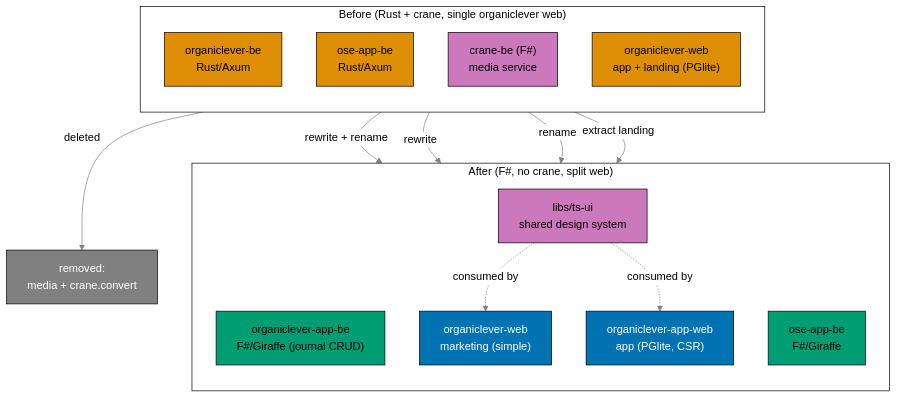
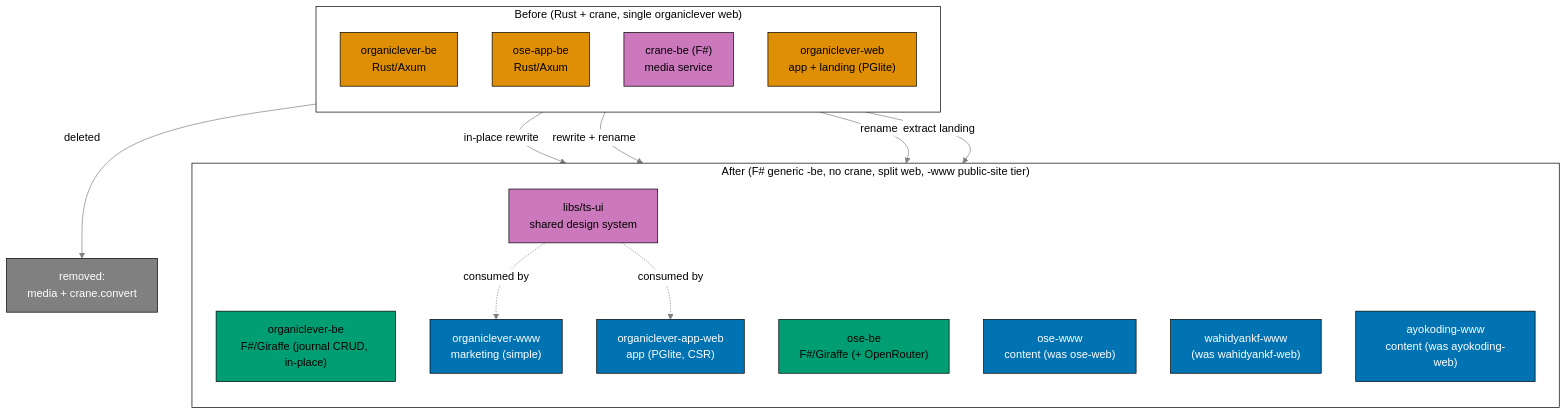
One commit to wahidyankf/baseerah changed the first of 2 diagrams in plans/in-progress/restructure-fsharp-be-and-web-app-tiers/README.md. Above: the diagram before and after it, drawn with Mermaid (neutral theme). The commit also changed other lines of this file and 22 other files, not shown here.

````diff
--- a/plans/in-progress/restructure-fsharp-be-and-web-app-tiers/README.md
+++ b/plans/in-progress/restructure-fsharp-be-and-web-app-tiers/README.md
@@ -115,43 +162,49 @@
 ```mermaid
 %% Color-blind-friendly palette: blue #0173B2, orange #DE8F05, green #029E73, purple #CC78BC, grey #808080
 flowchart TB
   subgraph BEFORE["Before (Rust + crane, single organiclever web)"]
     direction TB
     R_OL["organiclever-be<br/>Rust/Axum"]
     R_OA["ose-app-be<br/>Rust/Axum"]
     R_CB["crane-be (F#)<br/>media service"]
     W_OL["organiclever-web<br/>app + landing (PGlite)"]
   end
 
-  subgraph AFTER["After (F#, no crane, split web)"]
+  subgraph AFTER["After (F# generic -be, no crane, split web, -www public-site tier)"]
     direction TB
-    F_OL["organiclever-app-be<br/>F#/Giraffe (journal CRUD)"]
-    F_OA["ose-app-be<br/>F#/Giraffe"]
-    WW["organiclever-web<br/>marketing (simple)"]
+    F_OL["organiclever-be<br/>F#/Giraffe (journal CRUD, in-place)"]
+    F_OA["ose-be<br/>F#/Giraffe (+ OpenRouter)"]
+    WW["organiclever-www<br/>marketing (simple)"]
     WA["organiclever-app-web<br/>app (PGlite, CSR)"]
+    OWW["ose-www<br/>content (was ose-web)"]
+    KWW["wahidyankf-www<br/>(was wahidyankf-web)"]
+    AKW["ayokoding-www<br/>content (was ayokoding-web)"]
     UI["libs/ts-ui<br/>shared design system"]
   end
 
-  R_OL -->|rewrite + rename| F_OL
-  R_OA -->|rewrite| F_OA
+  R_OL -->|in-place rewrite| F_OL
+  R_OA -->|rewrite + rename| F_OA
   R_CB -->|deleted| GONE["removed:<br/>media + crane.convert"]
   W_OL -->|rename| WA
   W_OL -->|extract landing| WW
   UI -.consumed by.-> WW
   UI -.consumed by.-> WA
 
   linkStyle default stroke:#808080,stroke-width:1px
 
   style BEFORE fill:#FFFFFF,stroke:#000000,color:#000000
   style AFTER fill:#FFFFFF,stroke:#000000,color:#000000
   style R_OL fill:#DE8F05,stroke:#000000,color:#000000
   style R_OA fill:#DE8F05,stroke:#000000,color:#000000
   style R_CB fill:#CC78BC,stroke:#000000,color:#000000
   style W_OL fill:#DE8F05,stroke:#000000,color:#000000
   style F_OL fill:#029E73,stroke:#000000,color:#000000
   style F_OA fill:#029E73,stroke:#000000,color:#000000
   style WW fill:#0173B2,stroke:#000000,color:#FFFFFF
   style WA fill:#0173B2,stroke:#000000,color:#FFFFFF
+  style OWW fill:#0173B2,stroke:#000000,color:#FFFFFF
+  style KWW fill:#0173B2,stroke:#000000,color:#FFFFFF
+  style AKW fill:#0173B2,stroke:#000000,color:#FFFFFF
   style UI fill:#CC78BC,stroke:#000000,color:#000000
   style GONE fill:#808080,stroke:#000000,color:#FFFFFF
 ```
````
